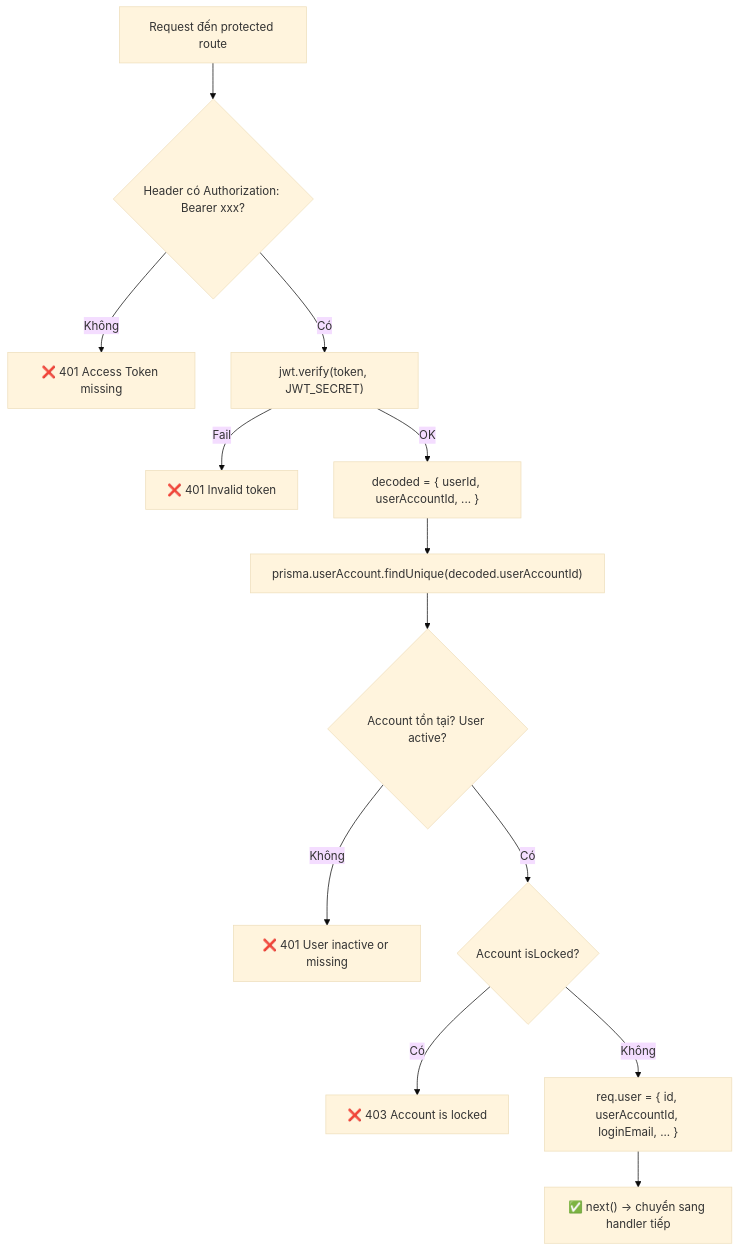
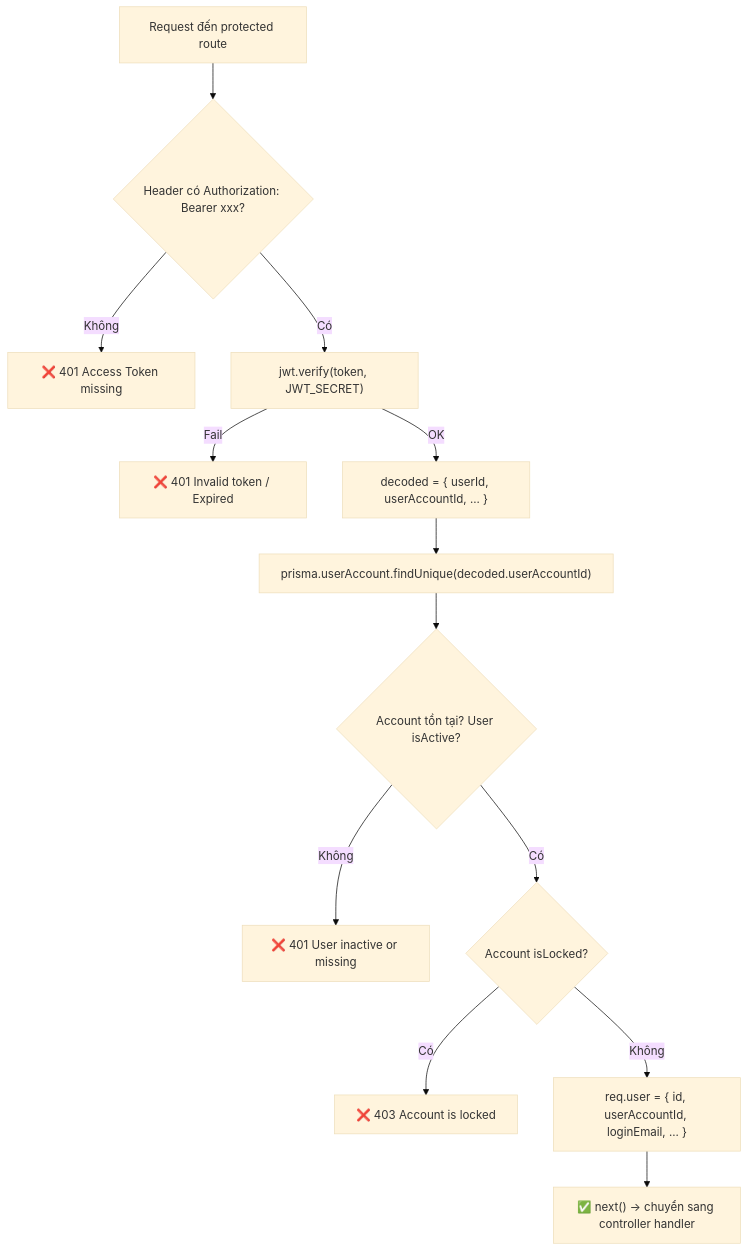
One commit to hungdinh-dev/logix changed the fifth of 11 diagrams in doc/07-workflow/Auth_and_RBAC_Workflow.md. Above: the diagram before and after it, drawn with Mermaid (base theme). The commit also changed other lines of this file, not shown here.

````diff
--- a/doc/07-workflow/Auth_and_RBAC_Workflow.md
+++ b/doc/07-workflow/Auth_and_RBAC_Workflow.md
@@ -413,15 +491,15 @@
 ```mermaid
 flowchart TD
     A["Request đến protected route"] --> B{"Header có Authorization: Bearer xxx?"}
     B -->|Không| C["❌ 401 Access Token missing"]
     B -->|Có| D["jwt.verify(token, JWT_SECRET)"]
-    D -->|Fail| E["❌ 401 Invalid token"]
+    D -->|Fail| E["❌ 401 Invalid token / Expired"]
     D -->|OK| F["decoded = { userId, userAccountId, ... }"]
     F --> G["prisma.userAccount.findUnique(decoded.userAccountId)"]
-    G --> H{"Account tồn tại? User active?"}
+    G --> H{"Account tồn tại? User isActive?"}
     H -->|Không| I["❌ 401 User inactive or missing"]
     H -->|Có| J{"Account isLocked?"}
     J -->|Có| K["❌ 403 Account is locked"]
     J -->|Không| L["req.user = { id, userAccountId, loginEmail, ... }"]
-    L --> M["✅ next() → chuyển sang handler tiếp"]
+    L --> M["✅ next() → chuyển sang controller handler"]
 ```
````
